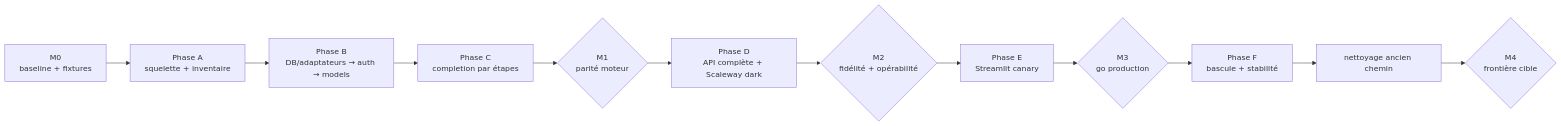
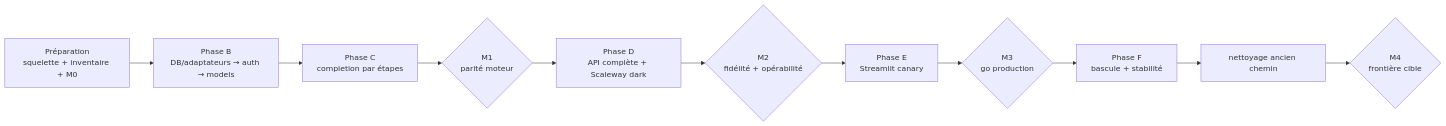
The diagram in docs/architecture/hexagonal-split/04-migration-plan.md (DGAFP/assistant-rh), drawn with Mermaid before and after one commit. The commit also changed other lines of this file and 7 other files, not shown here.

Commit message:
docs: streamline hexagonal plan and fix Mermaid syntax

````diff
--- a/docs/architecture/hexagonal-split/04-migration-plan.md
+++ b/docs/architecture/hexagonal-split/04-migration-plan.md
@@ -141,9 +119,8 @@
 ```mermaid
 flowchart LR
-    M0[M0<br/>baseline + fixtures] --> A[Phase A<br/>squelette + inventaire]
-    A --> B[Phase B<br/>DB/adaptateurs → auth → models]
+    A[Préparation<br/>squelette + inventaire + M0] --> B[Phase B<br/>DB/adaptateurs → auth → models]
     B --> C[Phase C<br/>completion par étapes] --> M1{M1<br/>parité moteur}
     M1 --> D[Phase D<br/>API complète + Scaleway dark] --> M2{M2<br/>fidélité + opérabilité}
     M2 --> E[Phase E<br/>Streamlit canary] --> M3{M3<br/>go production}
     M3 --> F[Phase F<br/>bascule + stabilité] --> CLEAN[nettoyage ancien chemin] --> M4{M4<br/>frontière cible}
 ```
````
